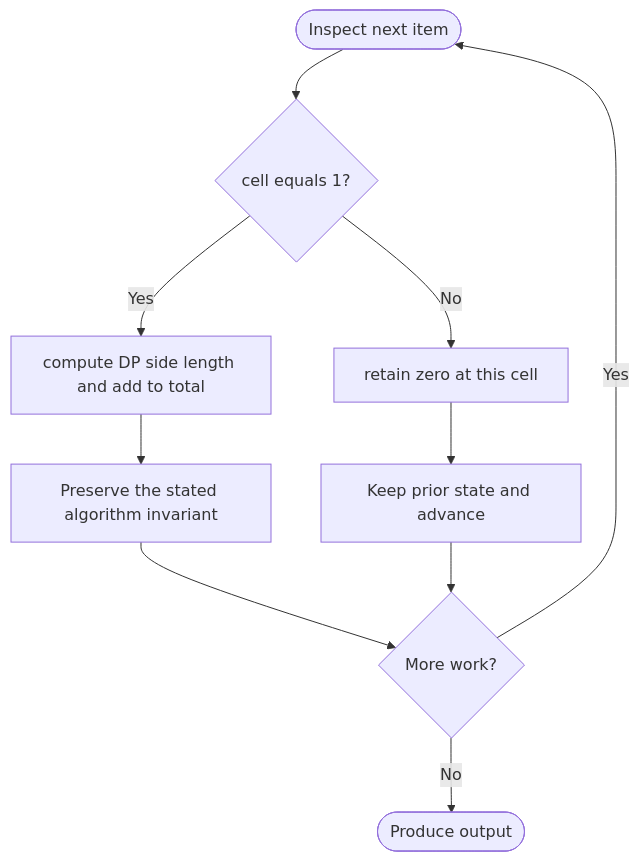
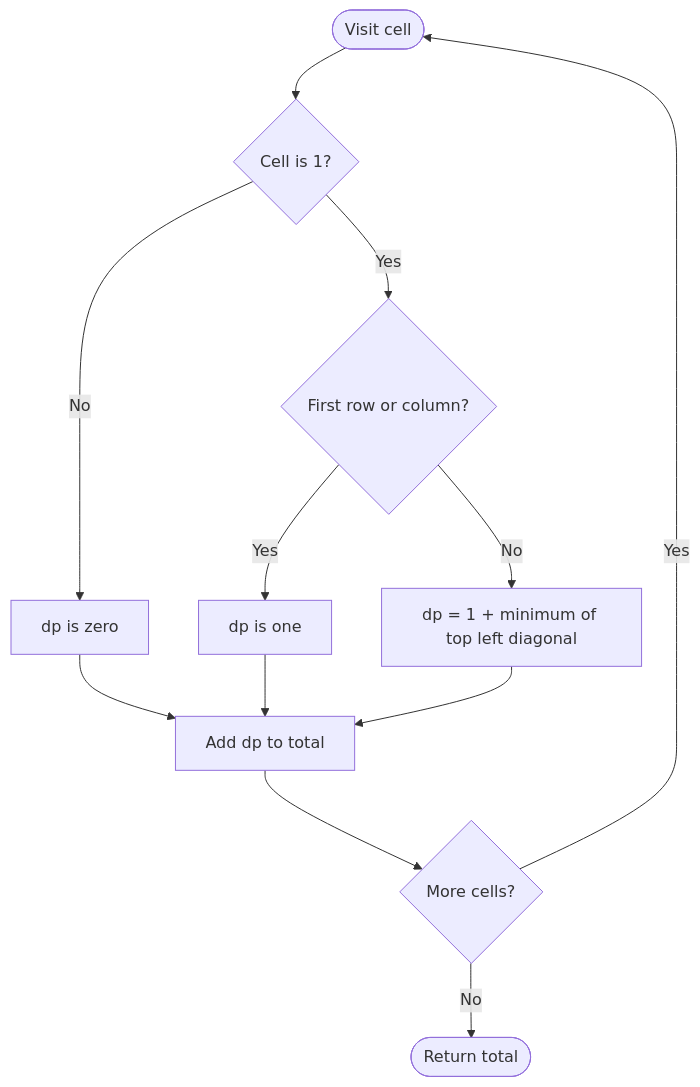
One commit to SAIDEEPBHANGE/C-CPP-Codes changed the diagram in LeetCode/1277/README.md. Above: the diagram before and after it, drawn with Mermaid. The commit also changed other lines of this file and 196 other files, not shown here.

````diff
--- a/LeetCode/1277/README.md
+++ b/LeetCode/1277/README.md
@@ -28,12 +36,14 @@
 ```mermaid
 flowchart TD
-    A([Inspect next item]) --> B{cell equals 1?}
-    B -- Yes --> C[compute DP side length and add to total]
-    B -- No --> D[retain zero at this cell]
-    C --> E[Preserve the stated algorithm invariant]
-    D --> F[Keep prior state and advance]
-    E --> G{More work?}
-    F --> G
-    G -- Yes --> A
-    G -- No --> H([Produce output])
+ A([Visit cell]) --> B{Cell is 1?}
+ B -- No --> C[dp is zero]
+ B -- Yes --> D{First row or column?}
+ D -- Yes --> E[dp is one]
+ D -- No --> F[dp = 1 + minimum of top left diagonal]
+ C --> G[Add dp to total]
+ E --> G
+ F --> G
+ G --> H{More cells?}
+ H -- Yes --> A
+ H -- No --> I([Return total])
 ```
````
